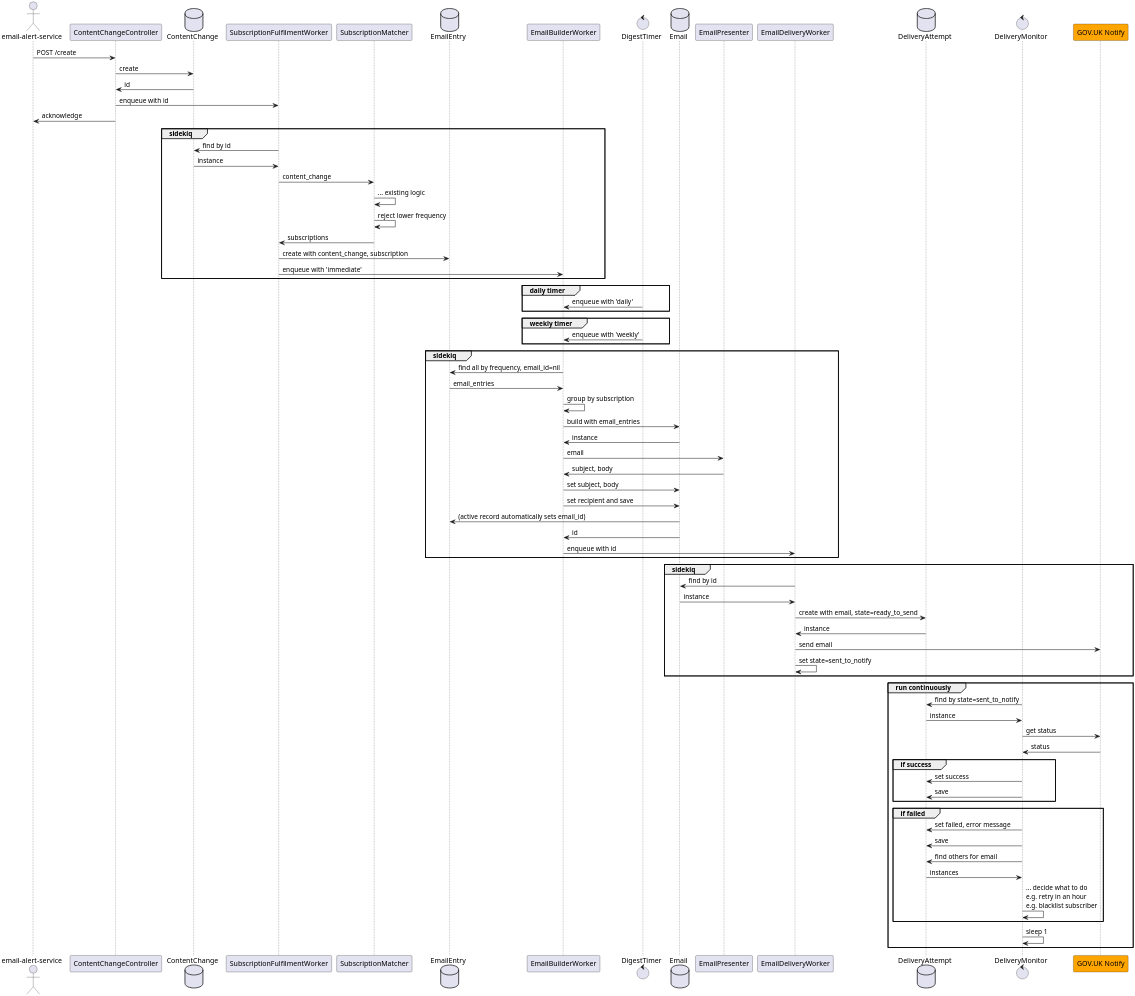
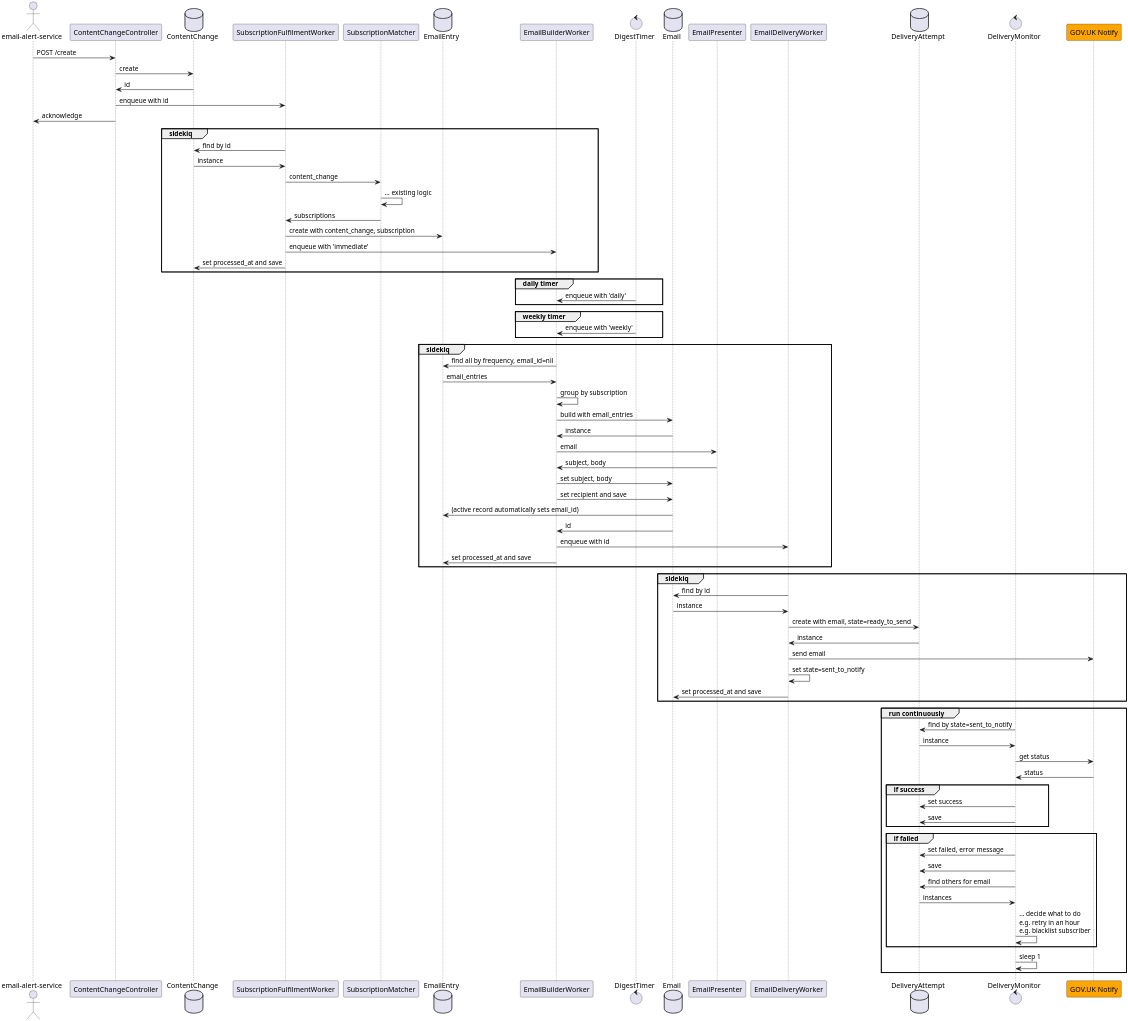
The diagram in doc/sequence_diagram.puml (alphagov/email-alert-api), drawn with PlantUML before and after one commit. The commit also changed 1 other file, not shown here.

Commit message:
Remove ‘lower frequency’ complication and add ‘processed_at’
The ‘lower frequency’ bit is unnecessary detail
that’s too implementation specific

The ‘processed_at’ timestamp gives us a
straightforward way to understand if/when sidekiq
jobs have run, without having to write complex
queries.

```diff
--- a/doc/sequence_diagram.puml
+++ b/doc/sequence_diagram.puml
@@ -1,91 +1,93 @@
 @startuml
 
 skinparam dpi 300
 
 actor email_alert_service as "email-alert-service"
 participant controller as "ContentChangeController"
 database content_change as "ContentChange"
 participant subscription_fulfilment_worker as "SubscriptionFulfilmentWorker"
 participant subscription_matcher as "SubscriptionMatcher"
 database email_entry as "EmailEntry"
 participant email_builder_worker as "EmailBuilderWorker"
 control digest_timer as "DigestTimer"
 database email as "Email"
 participant email_presenter as "EmailPresenter"
 participant email_delivery_worker as "EmailDeliveryWorker"
 database delivery_attempt as "DeliveryAttempt"
 control delivery_monitor as "DeliveryMonitor"
 participant govuk_notify as "GOV.UK Notify" #orange
 
 email_alert_service -> controller : POST /create
 controller -> content_change : create
 content_change -> controller : id
 controller -> subscription_fulfilment_worker : enqueue with id
 controller -> email_alert_service : acknowledge
 
 group sidekiq
   subscription_fulfilment_worker -> content_change : find by id
   content_change -> subscription_fulfilment_worker : instance
   subscription_fulfilment_worker -> subscription_matcher : content_change
   subscription_matcher -> subscription_matcher : ... existing logic
-  subscription_matcher -> subscription_matcher : reject lower frequency
   subscription_matcher -> subscription_fulfilment_worker : subscriptions
   subscription_fulfilment_worker -> email_entry : create with content_change, subscription
   subscription_fulfilment_worker -> email_builder_worker : enqueue with 'immediate'
+  subscription_fulfilment_worker -> content_change : set processed_at and save
 end group
 
 group daily timer
   digest_timer -> email_builder_worker : enqueue with 'daily'
 end
 
 group weekly timer
   digest_timer -> email_builder_worker : enqueue with 'weekly'
 end
 
 group sidekiq
   email_builder_worker -> email_entry : find all by frequency, email_id=nil
   email_entry -> email_builder_worker : email_entries
   email_builder_worker -> email_builder_worker : group by subscription
   email_builder_worker -> email : build with email_entries
   email -> email_builder_worker : instance
   email_builder_worker -> email_presenter : email
   email_presenter -> email_builder_worker : subject, body
   email_builder_worker -> email : set subject, body
   email_builder_worker -> email : set recipient and save
   email -> email_entry : (active record automatically sets email_id)
   email -> email_builder_worker : id
   email_builder_worker -> email_delivery_worker : enqueue with id
+  email_builder_worker -> email_entry : set processed_at and save
 end
 
 group sidekiq
   email_delivery_worker -> email : find by id
   email -> email_delivery_worker : instance
   email_delivery_worker -> delivery_attempt : create with email, state=ready_to_send
   delivery_attempt -> email_delivery_worker : instance
   email_delivery_worker -> govuk_notify : send email
   email_delivery_worker -> email_delivery_worker : set state=sent_to_notify
+  email_delivery_worker -> email : set processed_at and save
 end group
 
 group run continuously
   delivery_monitor -> delivery_attempt : find by state=sent_to_notify
   delivery_attempt -> delivery_monitor : instance
   delivery_monitor -> govuk_notify : get status
   govuk_notify -> delivery_monitor : status
 
   group if success
     delivery_monitor -> delivery_attempt : set success
     delivery_monitor -> delivery_attempt : save
   end group
 
   group if failed
     delivery_monitor -> delivery_attempt : set failed, error message
     delivery_monitor -> delivery_attempt : save
     delivery_monitor -> delivery_attempt : find others for email
     delivery_attempt -> delivery_monitor : instances
     delivery_monitor -> delivery_monitor : ... decide what to do\ne.g. retry in an hour\ne.g. blacklist subscriber
   end group
 
   delivery_monitor -> delivery_monitor : sleep 1
 end group
 
 @enduml
```
